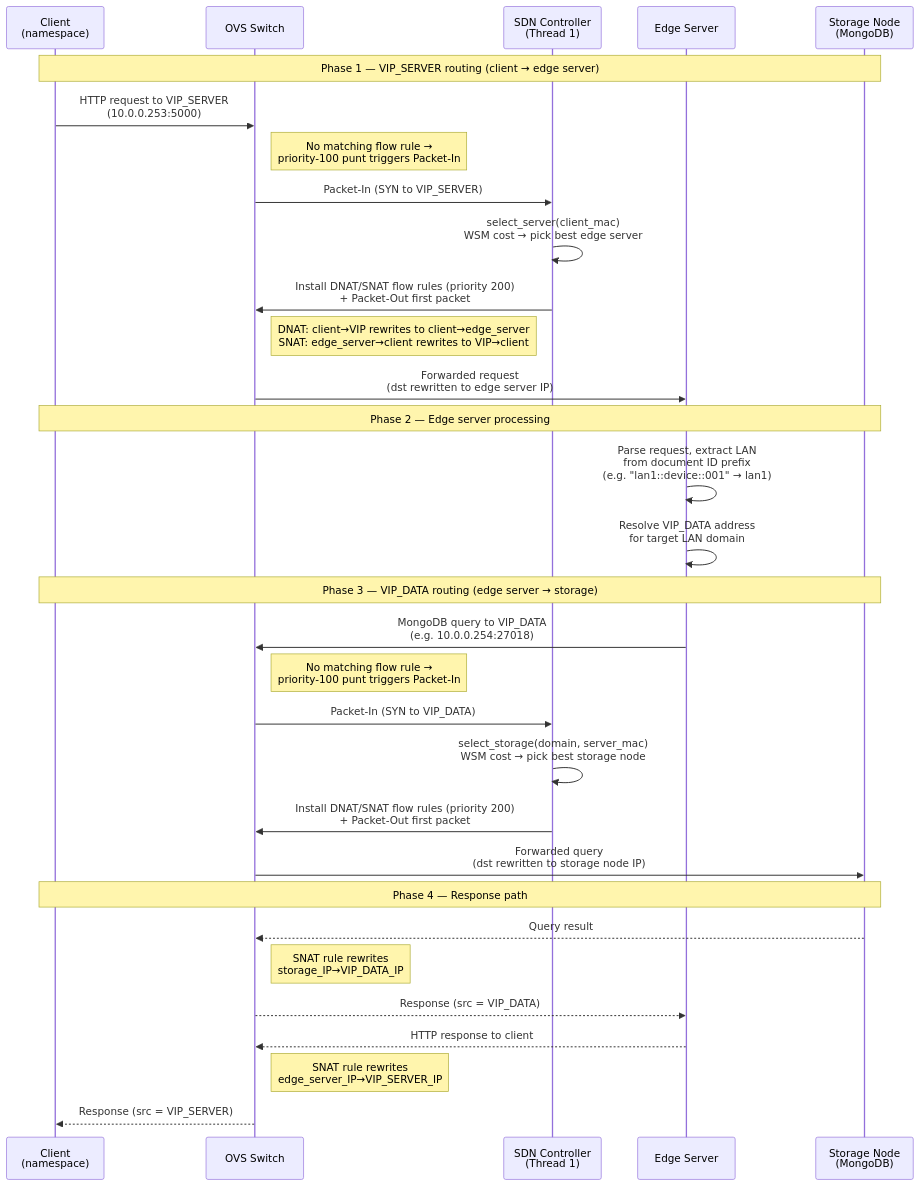
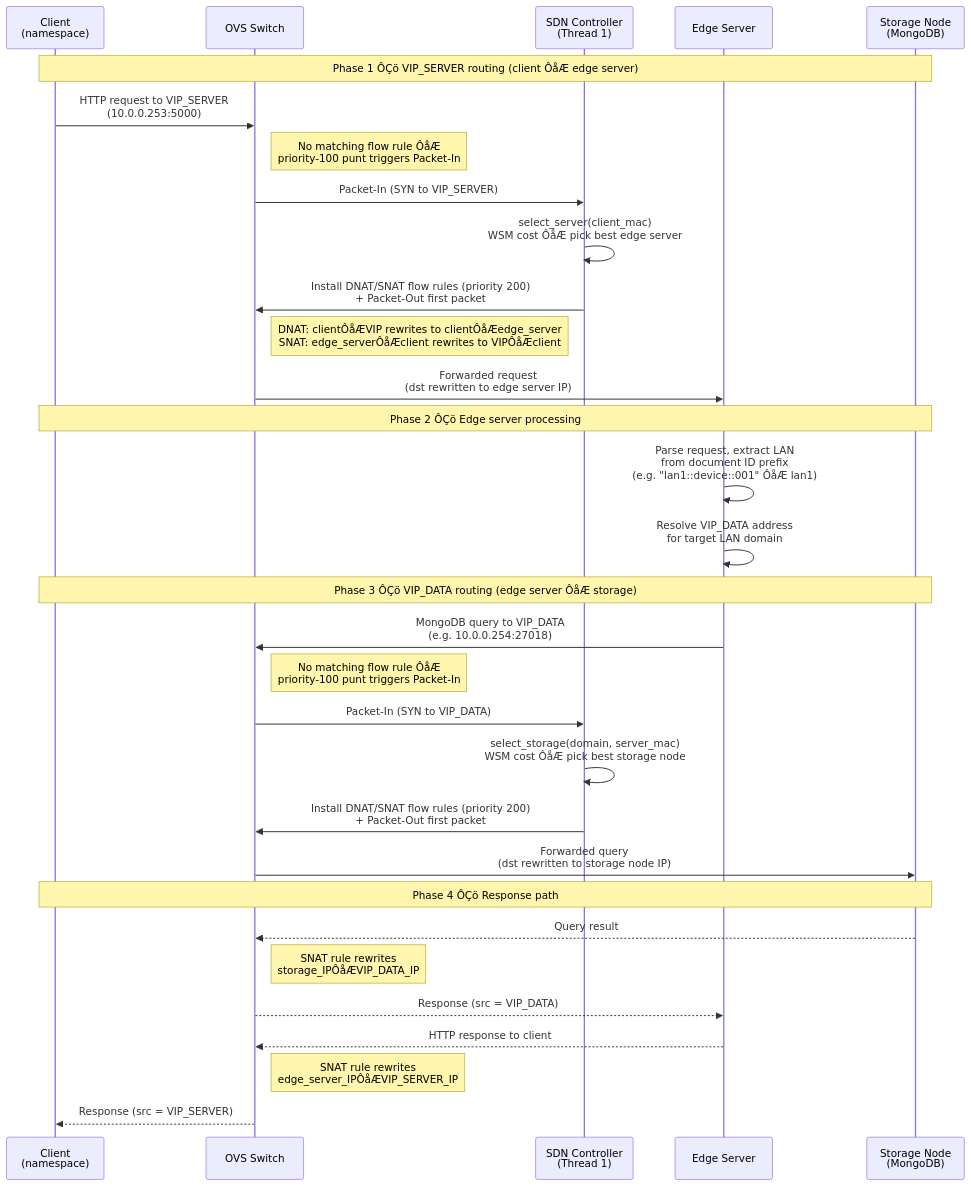
The diagram in docs/operation/vip_routing/vip_routing_overview.md (poioe20p/efficient-storage-in-edge-scenarios), drawn with Mermaid before and after one commit. The commit also changed other lines of this file and 51 other files, not shown here.

First line of the commit message:
docs(operation): reorganize architecture and experiment documentation around implemented lease/recovery model

````diff
--- a/docs/operation/vip_routing/vip_routing_overview.md
+++ b/docs/operation/vip_routing/vip_routing_overview.md
@@ -481,41 +506,41 @@
 ```mermaid
 sequenceDiagram
     participant C as Client<br/>(namespace)
     participant S as OVS Switch
     participant Ctrl as SDN Controller<br/>(Thread 1)
     participant ES as Edge Server
     participant DB as Storage Node<br/>(MongoDB)
 
-    Note over C,DB: Phase 1 — VIP_SERVER routing (client → edge server)
+    Note over C,DB: Phase 1 ÔÇö VIP_SERVER routing (client ÔåÆ edge server)
 
     C->>S: HTTP request to VIP_SERVER<br/>(10.0.0.253:5000)
-    Note right of S: No matching flow rule →<br/>priority-100 punt triggers Packet-In
+    Note right of S: No matching flow rule ÔåÆ<br/>priority-100 punt triggers Packet-In
     S->>Ctrl: Packet-In (SYN to VIP_SERVER)
-    Ctrl->>Ctrl: select_server(client_mac)<br/>WSM cost → pick best edge server
+    Ctrl->>Ctrl: select_server(client_mac)<br/>WSM cost ÔåÆ pick best edge server
     Ctrl->>S: Install DNAT/SNAT flow rules (priority 200)<br/>+ Packet-Out first packet
-    Note right of S: DNAT: client→VIP rewrites to client→edge_server<br/>SNAT: edge_server→client rewrites to VIP→client
+    Note right of S: DNAT: clientÔåÆVIP rewrites to clientÔåÆedge_server<br/>SNAT: edge_serverÔåÆclient rewrites to VIPÔåÆclient
     S->>ES: Forwarded request<br/>(dst rewritten to edge server IP)
 
-    Note over C,DB: Phase 2 — Edge server processing
+    Note over C,DB: Phase 2 ÔÇö Edge server processing
 
-    ES->>ES: Parse request, extract LAN<br/>from document ID prefix<br/>(e.g. "lan1::device::001" → lan1)
+    ES->>ES: Parse request, extract LAN<br/>from document ID prefix<br/>(e.g. "lan1::device::001" ÔåÆ lan1)
     ES->>ES: Resolve VIP_DATA address<br/>for target LAN domain
 
-    Note over C,DB: Phase 3 — VIP_DATA routing (edge server → storage)
+    Note over C,DB: Phase 3 ÔÇö VIP_DATA routing (edge server ÔåÆ storage)
 
     ES->>S: MongoDB query to VIP_DATA<br/>(e.g. 10.0.0.254:27018)
-    Note right of S: No matching flow rule →<br/>priority-100 punt triggers Packet-In
+    Note right of S: No matching flow rule ÔåÆ<br/>priority-100 punt triggers Packet-In
     S->>Ctrl: Packet-In (SYN to VIP_DATA)
-    Ctrl->>Ctrl: select_storage(domain, server_mac)<br/>WSM cost → pick best storage node
+    Ctrl->>Ctrl: select_storage(domain, server_mac)<br/>WSM cost ÔåÆ pick best storage node
     Ctrl->>S: Install DNAT/SNAT flow rules (priority 200)<br/>+ Packet-Out first packet
     S->>DB: Forwarded query<br/>(dst rewritten to storage node IP)
 
-    Note over C,DB: Phase 4 — Response path
+    Note over C,DB: Phase 4 ÔÇö Response path
 
     DB-->>S: Query result
-    Note right of S: SNAT rule rewrites<br/>storage_IP→VIP_DATA_IP
+    Note right of S: SNAT rule rewrites<br/>storage_IPÔåÆVIP_DATA_IP
     S-->>ES: Response (src = VIP_DATA)
     ES-->>S: HTTP response to client
-    Note right of S: SNAT rule rewrites<br/>edge_server_IP→VIP_SERVER_IP
+    Note right of S: SNAT rule rewrites<br/>edge_server_IPÔåÆVIP_SERVER_IP
     S-->>C: Response (src = VIP_SERVER)
 ```
````
